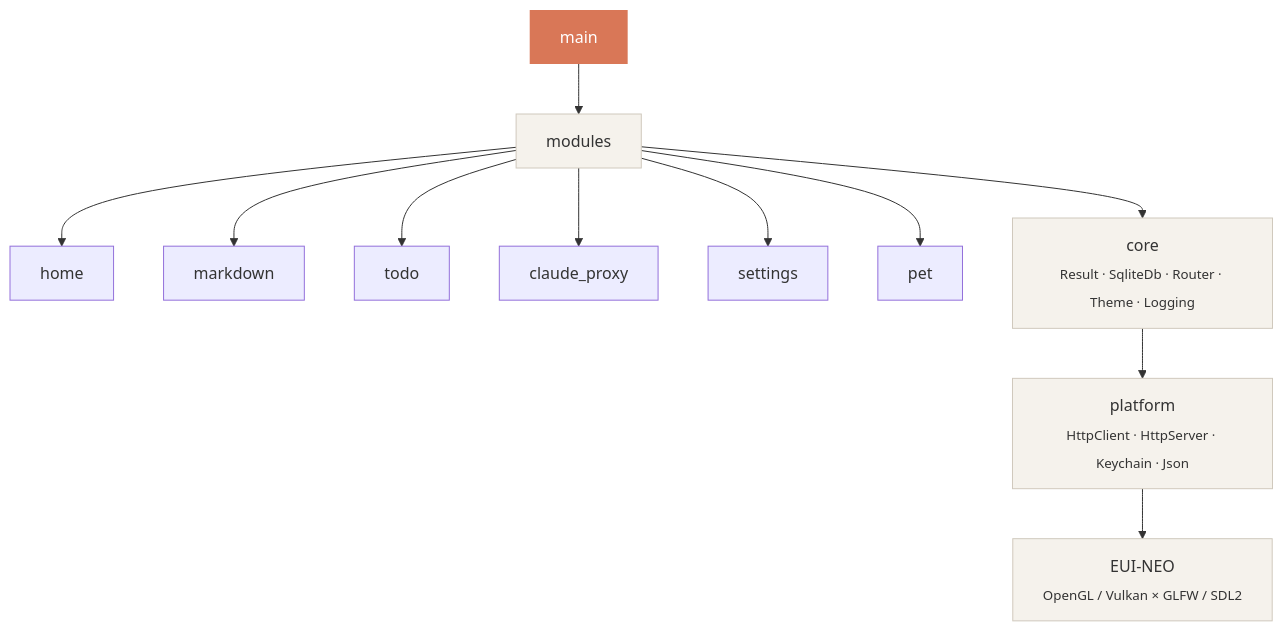
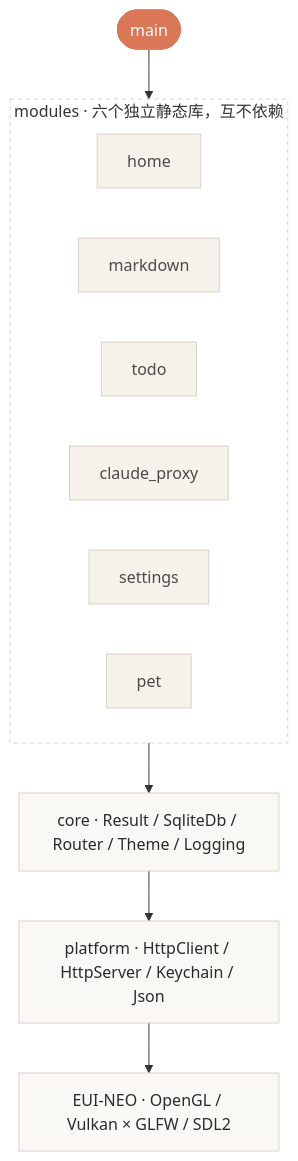
The diagram in README.md (coderstory/DevDesk), drawn with Mermaid before and after one commit. The commit also changed other lines of this file and 1 other file, not shown here.

Commit message:
docs(readme): 美化架构图 + 平台口径改正 + 删除 KNOWN_LIMITATIONS
- 架构图重画：加 subgraph 把六个模块收成一层（虚线框 + direction LR），
  classDef 分三级配色（main 品牌色 / 三层框架暖白 / 模块米色），标题改为
  「六个独立静态库，互不依赖」
- 平台口径改正：Windows 11 不是「移植目标」，两个平台都是**原生支持**
  （用户指出）；表格里 macOS / Windows 都标 ✅ 原生支持
- 删除 docs/KNOWN_LIMITATIONS.md 及其在 README 的引用（用户指示）

````diff
--- a/README.md
+++ b/README.md
@@ -161,14 +161,32 @@
 ```mermaid
-graph TD
-    M["main"] --> MOD["modules"]
-    MOD --> M1["home"] & M2["markdown"] & M3["todo"] & M4["claude_proxy"] & M5["settings"] & M6["pet"]
-    MOD --> CORE["core<br/><sub>Result · SqliteDb · Router · Theme · Logging</sub>"]
-    CORE --> PLAT["platform<br/><sub>HttpClient · HttpServer · Keychain · Json</sub>"]
-    PLAT --> EUI["EUI-NEO<br/><sub>OpenGL / Vulkan × GLFW / SDL2</sub>"]
+flowchart TD
+    main(["main"])
 
-    style M fill:#D97757,color:#fff,stroke:none
-    style MOD fill:#f5f2ec,stroke:#d0c9bd
-    style CORE fill:#f5f2ec,stroke:#d0c9bd
-    style PLAT fill:#f5f2ec,stroke:#d0c9bd
-    style EUI fill:#f5f2ec,stroke:#d0c9bd
+    subgraph modules["modules · 六个独立静态库，互不依赖"]
+        direction LR
+        home["home"]
+        markdown["markdown"]
+        todo["todo"]
+        claude["claude_proxy"]
+        settings["settings"]
+        pet["pet"]
+    end
+
+    core["core · Result / SqliteDb / Router / Theme / Logging"]
+    platform["platform · HttpClient / HttpServer / Keychain / Json"]
+    eui["EUI-NEO · OpenGL / Vulkan × GLFW / SDL2"]
+
+    main --> modules
+    modules --> core
+    core --> platform
+    platform --> eui
+
+    classDef accent fill:#D97757,stroke:#D97757,color:#FFFFFF
+    classDef layer fill:#FAF8F4,stroke:#D9D2C7,color:#2B2B2B
+    classDef mod fill:#F5F2EC,stroke:#D9D2C7,color:#4A4A4A
+
+    class main accent
+    class core,platform,eui layer
+    class home,markdown,todo,claude,settings,pet mod
+    style modules fill:#FFFFFF,stroke:#D9D2C7,stroke-dasharray: 4 4
 ```
````
